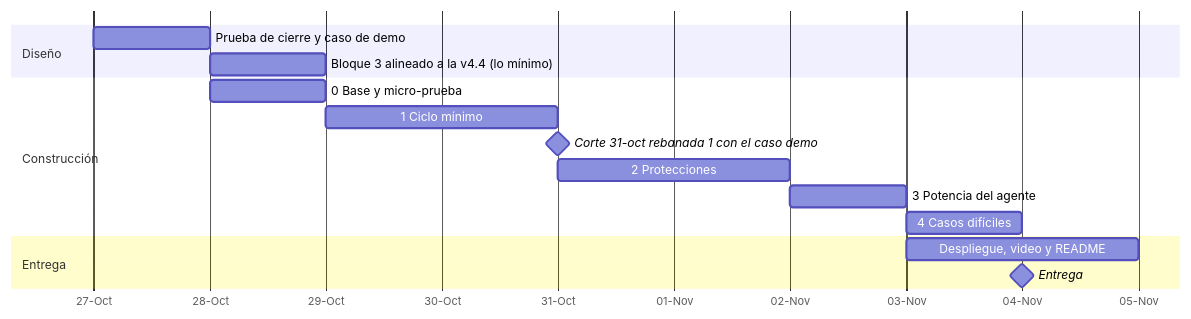
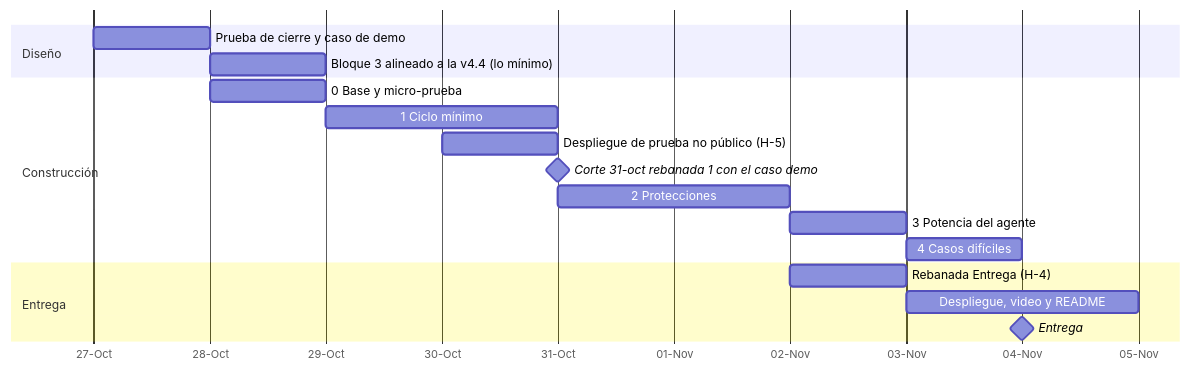
The diagram in docs/diseno/_plan-hackathon.md (LaurenteEber/tupaqnin), drawn with Mermaid before and after one commit. The commit also changed other lines of this file and 646 other files, not shown here.

````diff
--- a/docs/diseno/_plan-hackathon.md
+++ b/docs/diseno/_plan-hackathon.md
@@ -27,18 +30,20 @@
 ```mermaid
 gantt
   dateFormat YYYY-MM-DD
   axisFormat %d-%b
   section Diseño
   Prueba de cierre y caso de demo           :d1, 2026-10-27, 1d
   Bloque 3 alineado a la v4.4 (lo mínimo)    :d2, 2026-10-28, 1d
   section Construcción
   0 Base y micro-prueba                      :r0, 2026-10-28, 1d
   1 Ciclo mínimo                             :r1, 2026-10-29, 2d
+  Despliegue de prueba no público (H-5)      :dp, 2026-10-30, 1d
   Corte 31-oct rebanada 1 con el caso demo   :milestone, m1, 2026-10-31, 0d
   2 Protecciones                             :r2, 2026-10-31, 2d
   3 Potencia del agente                      :r3, 2026-11-02, 1d
   4 Casos difíciles                          :r4, 2026-11-03, 1d
   section Entrega
+  Rebanada Entrega (H-4)                     :re, 2026-11-02, 1d
   Despliegue, video y README                 :e1, 2026-11-03, 2d
   Entrega                                    :milestone, m2, 2026-11-04, 0d
 ```
````
